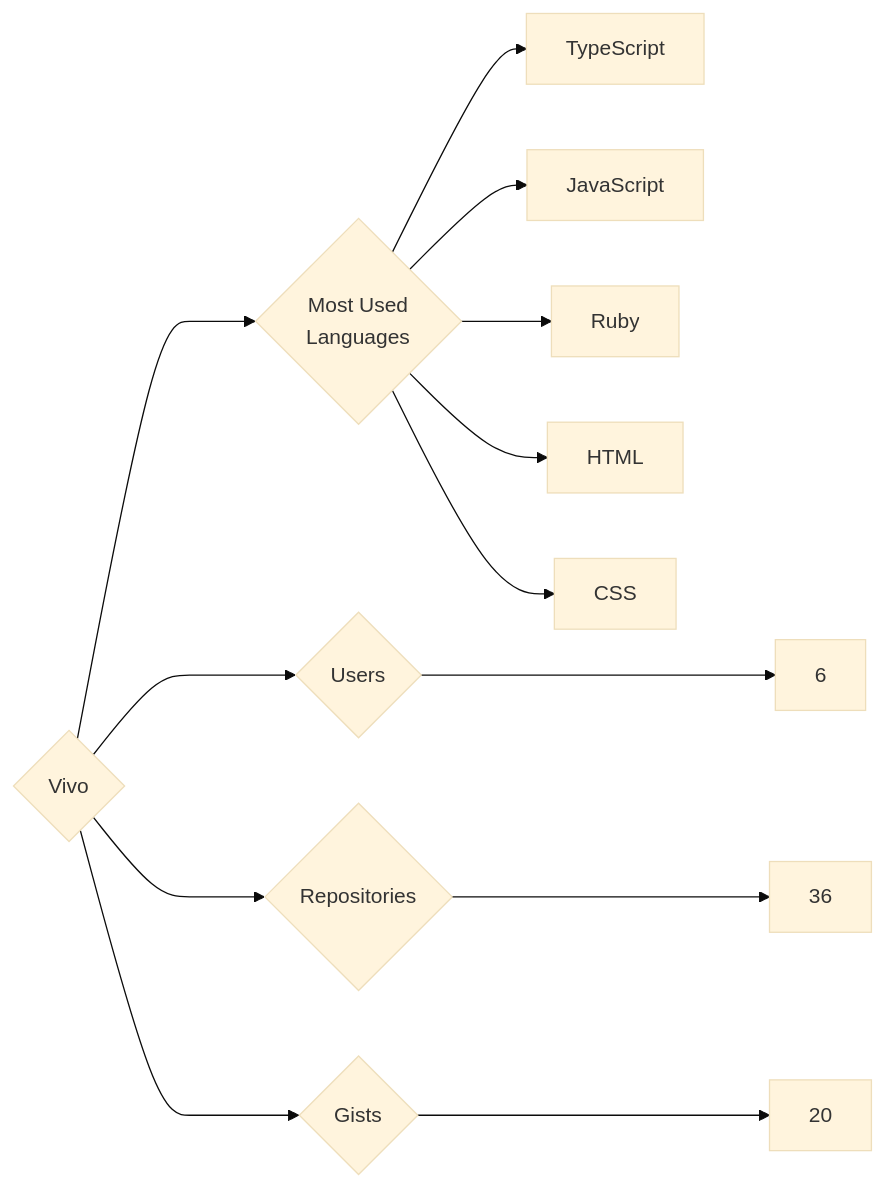
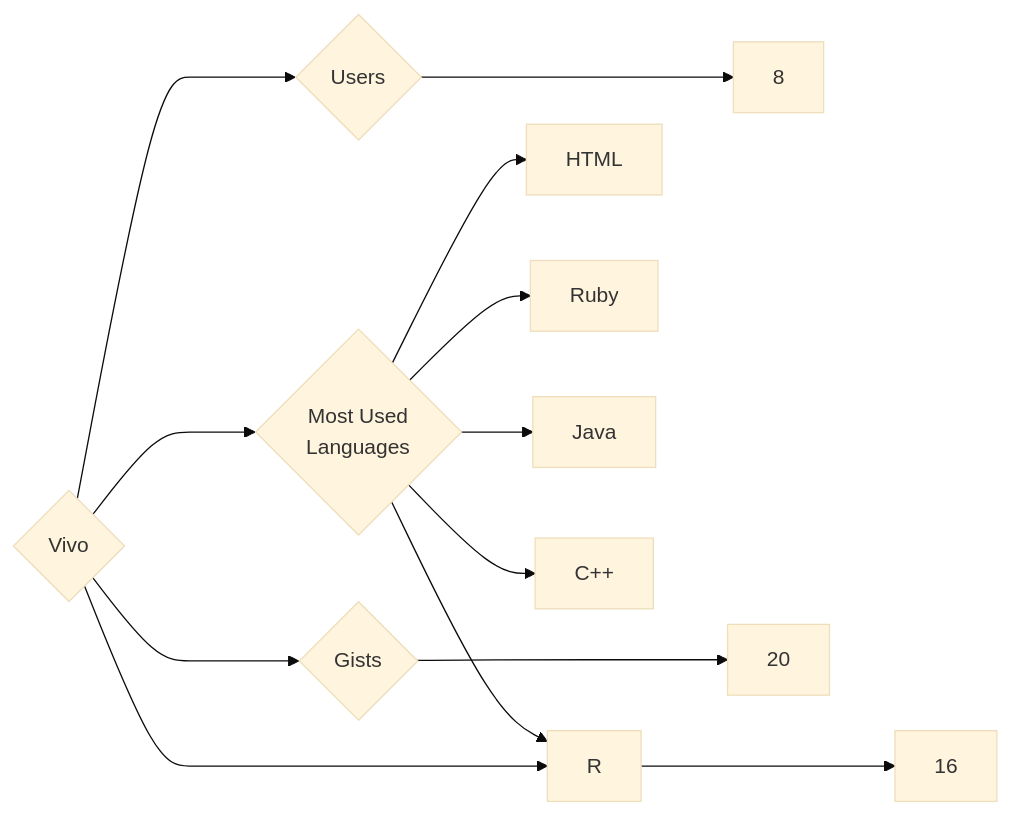
Before and after one commit to trickest/insiders: the diagram in targets/Vivo/README.md, drawn with Mermaid (base theme). The commit also changed 1011 other files, not shown here.

````diff
--- a/targets/Vivo/README.md
+++ b/targets/Vivo/README.md
@@ -3,13 +3,13 @@
 ```mermaid
 graph LR
 COMPANY_NAME{Vivo}
-COMPANY_NAME ---> U{Users} ---> UN[6]
-COMPANY_NAME ---> R{Repositories} ---> RN[36]
+COMPANY_NAME ---> U{Users} ---> UN[8]
+COMPANY_NAME ---> R{Repositories} ---> RN[16]
 COMPANY_NAME ---> G{Gists} ---> GN[20]
 COMPANY_NAME ---> ML{Most Used<br>Languages}
-ML --> TypeScript[TypeScript]
-ML --> JavaScript[JavaScript]
+ML --> HTML[HTML]
 ML --> Ruby[Ruby]
-ML --> HTML[HTML]
-ML --> CSS[CSS]
+ML --> Java[Java]
+ML --> C++[C++]
+ML --> R[R]
 ```
````
